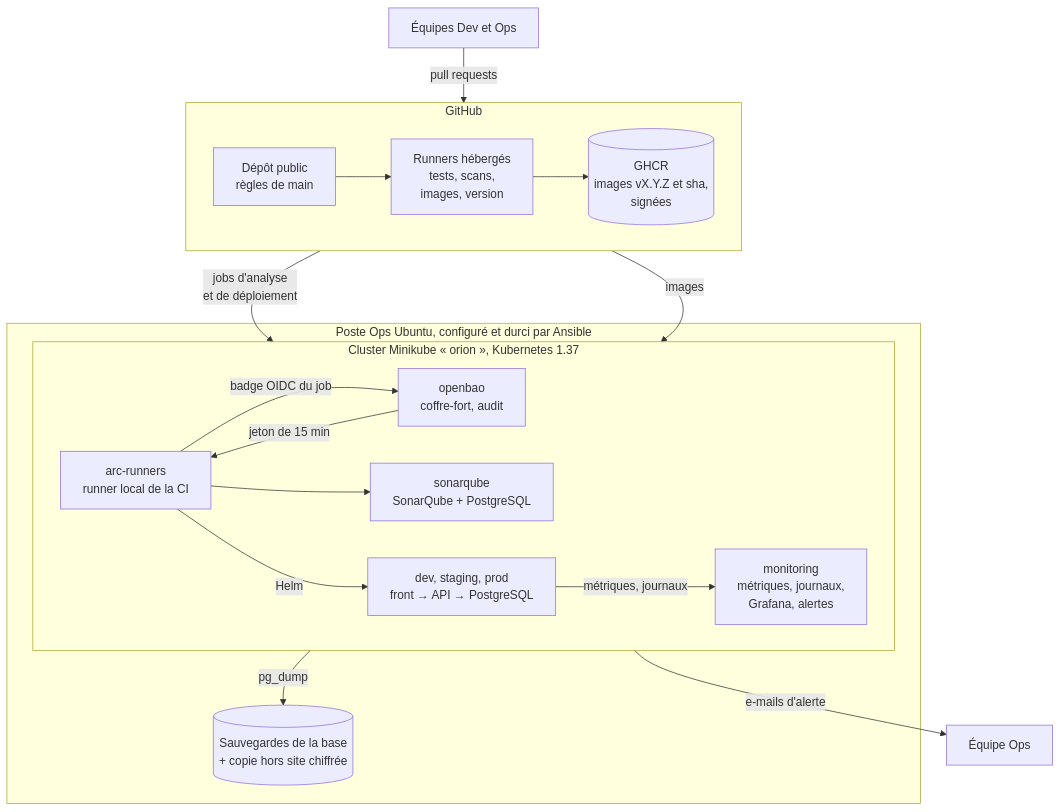
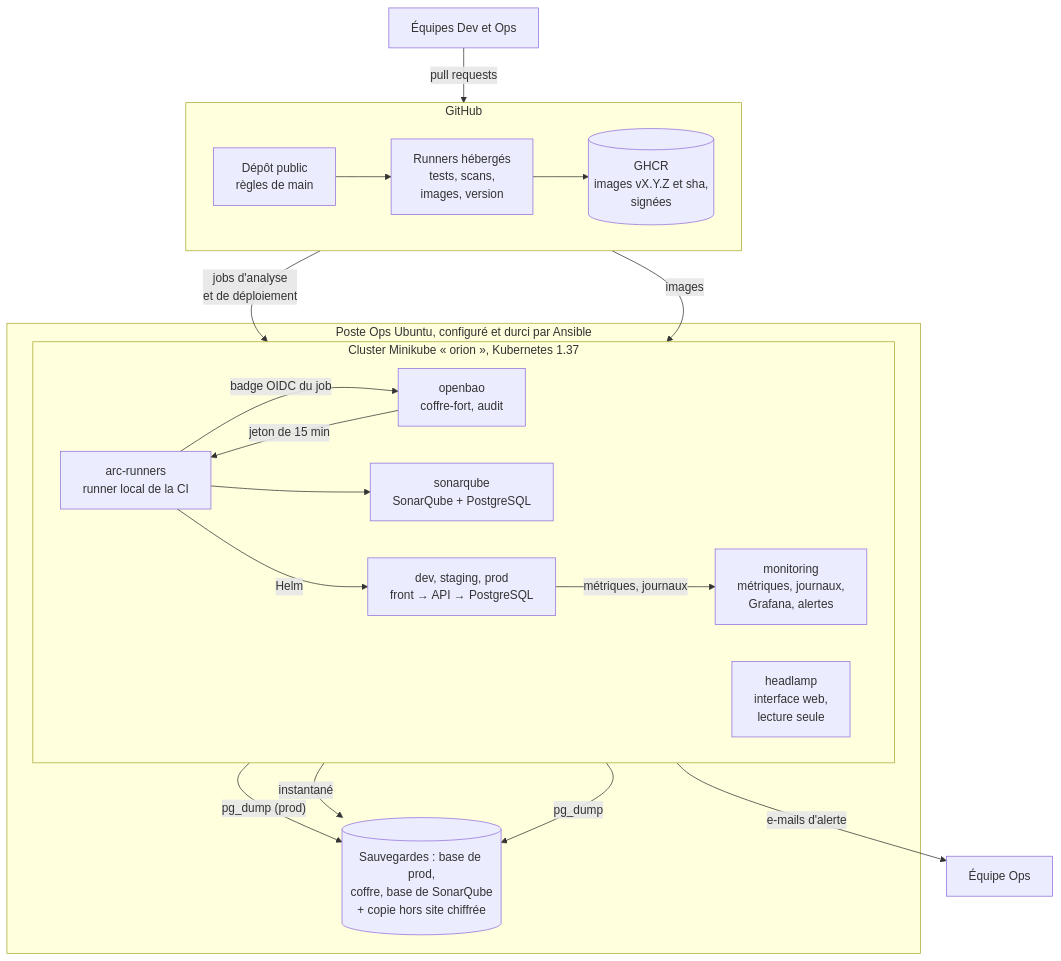
The second of 5 diagrams in docs/03-documentation-ci-cd.md (yohanbouchet/orion), drawn with Mermaid before and after one commit. The commit also changed other lines of this file and 6 other files, not shown here.

````diff
--- a/docs/03-documentation-ci-cd.md
+++ b/docs/03-documentation-ci-cd.md
@@ -341,28 +342,31 @@
 ```mermaid
 flowchart TB
     devs["Équipes Dev et Ops"] -->|"pull requests"| repo
     subgraph gh["GitHub"]
         direction LR
         repo["Dépôt public<br/>règles de main"] --> hosted["Runners hébergés<br/>tests, scans,<br/>images, version"] --> ghcr[("GHCR<br/>images vX.Y.Z et sha,<br/>signées")]
     end
     subgraph host["Poste Ops Ubuntu, configuré et durci par Ansible"]
         subgraph mk["Cluster Minikube « orion », Kubernetes 1.37"]
             direction LR
             arc["arc-runners<br/>runner local de la CI"]
             bao["openbao<br/>coffre-fort, audit"]
             sq["sonarqube<br/>SonarQube + PostgreSQL"]
+            hl["headlamp<br/>interface web,<br/>lecture seule"]
             envs["dev, staging, prod<br/>front → API → PostgreSQL"]
             mon["monitoring<br/>métriques, journaux,<br/>Grafana, alertes"]
         end
-        bk[("Sauvegardes de la base<br/>+ copie hors site chiffrée")]
+        bk[("Sauvegardes : base de prod,<br/>coffre, base de SonarQube<br/>+ copie hors site chiffrée")]
     end
     repo -->|"jobs d'analyse<br/>et de déploiement"| arc
     arc -->|"badge OIDC du job"| bao
     bao -->|"jeton de 15 min"| arc
     arc --> sq
     arc -->|"Helm"| envs
     ghcr -->|"images"| envs
     envs -->|"métriques, journaux"| mon
-    envs -->|"pg_dump"| bk
+    envs -->|"pg_dump (prod)"| bk
+    bao -->|"instantané"| bk
+    sq -->|"pg_dump"| bk
     mon -->|"e-mails d'alerte"| ops["Équipe Ops"]
 ```
````
